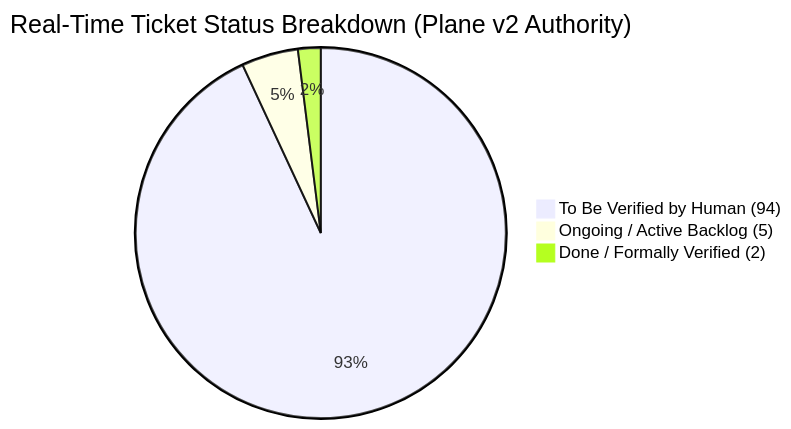
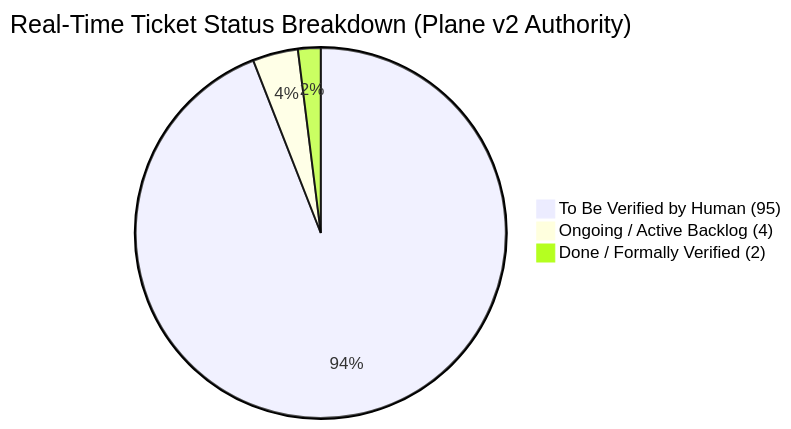
Before and after one commit to yasuomaidana/dendrite: the first of 4 diagrams in docs/roadmap/development-status-roadmap.md, drawn with Mermaid. The commit also changed other lines of this file and 1 other file, not shown here.

````diff
--- a/docs/roadmap/development-status-roadmap.md
+++ b/docs/roadmap/development-status-roadmap.md
@@ -36,6 +36,6 @@
 ```mermaid
 pie title Real-Time Ticket Status Breakdown (Plane v2 Authority)
-    "To Be Verified by Human (94)" : 94
-    "Ongoing / Active Backlog (5)" : 5
+    "To Be Verified by Human (95)" : 95
+    "Ongoing / Active Backlog (4)" : 4
     "Done / Formally Verified (2)" : 2
 ```
````
